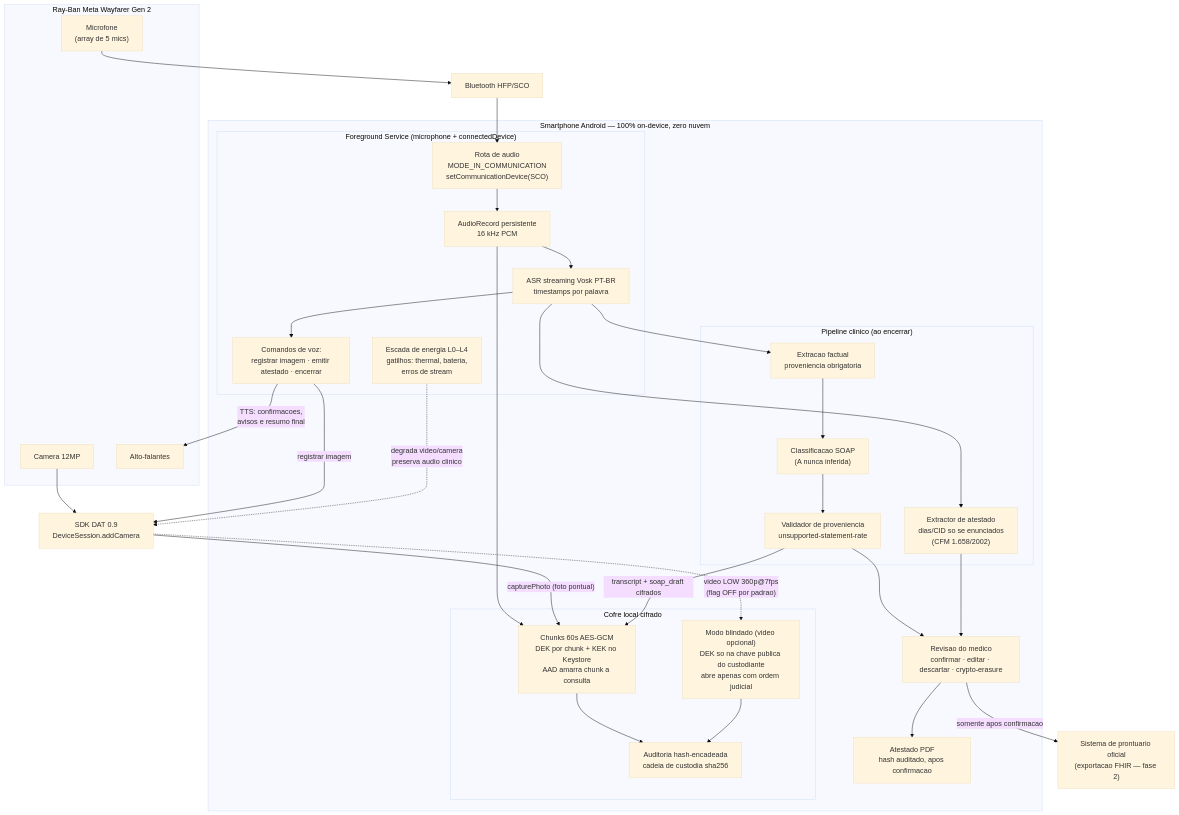
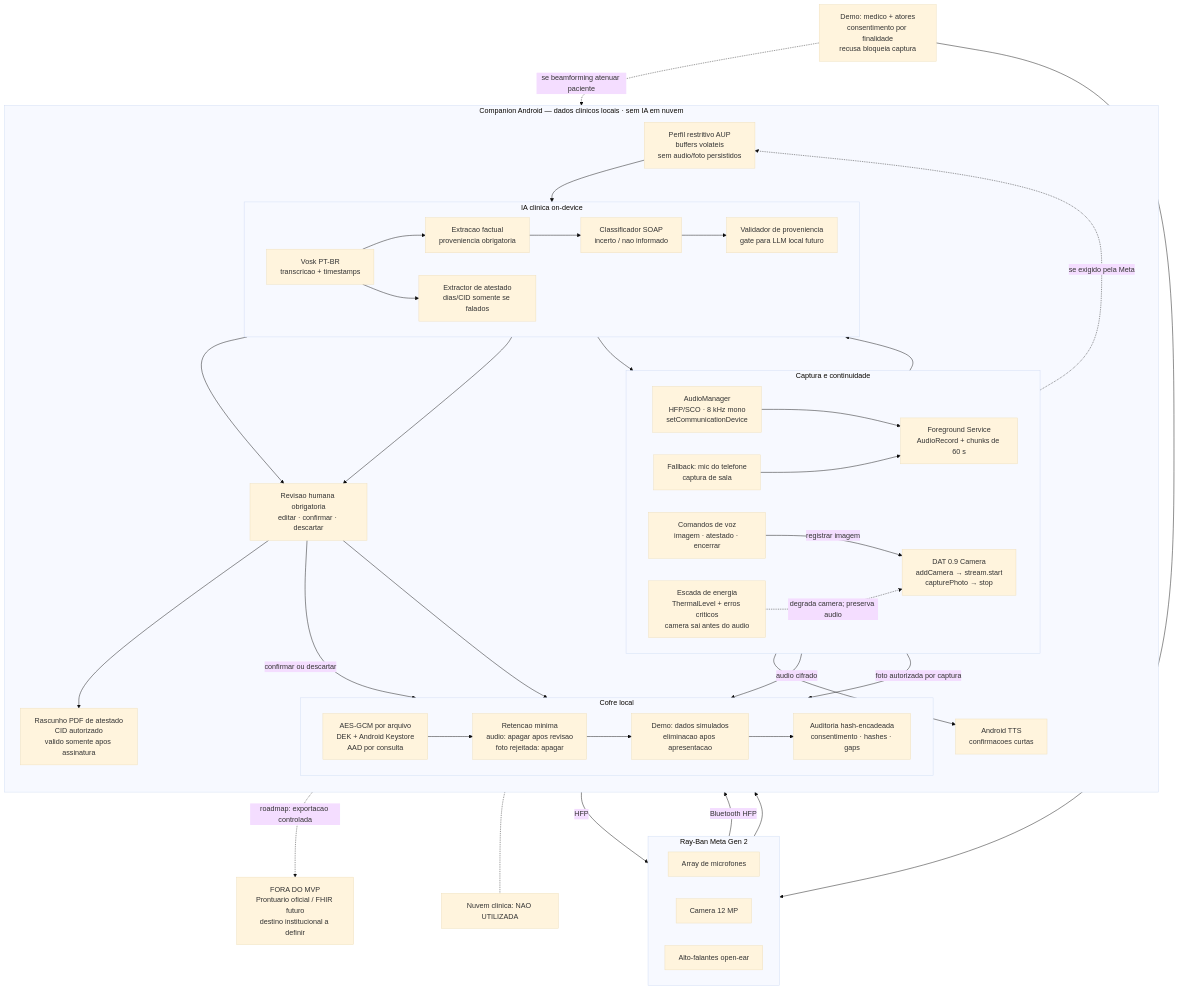
One commit to marcospaulo429/meta-glasses changed the diagram in docs/entrega/arquitetura.mmd. Above: the diagram before and after it, drawn with Mermaid (base theme). The commit also changed 8 other files, not shown here.

```diff
--- a/docs/entrega/arquitetura.mmd
+++ b/docs/entrega/arquitetura.mmd
@@ -1,54 +1,75 @@
 flowchart TB
-    subgraph GLASSES["Ray-Ban Meta Wayfarer Gen 2"]
-        MIC["Microfone<br/>(array de 5 mics)"]
-        CAM["Camera 12MP"]
-        SPK["Alto-falantes"]
+    USER["Demo: medico + atores<br/>consentimento por finalidade<br/>recusa bloqueia captura"]
+
+    subgraph GLASSES["Ray-Ban Meta Gen 2"]
+        direction LR
+        MIC["Array de microfones"]
+        CAM["Camera 12 MP"]
+        SPK["Alto-falantes open-ear"]
     end
 
-    HFP["Bluetooth HFP/SCO"]
-    DAT["SDK DAT 0.9<br/>DeviceSession.addCamera"]
-
-    subgraph PHONE["Smartphone Android — 100% on-device, zero nuvem"]
-        subgraph FGS["Foreground Service (microphone + connectedDevice)"]
-            ROUTE["Rota de audio<br/>MODE_IN_COMMUNICATION<br/>setCommunicationDevice(SCO)"]
-            REC["AudioRecord persistente<br/>16 kHz PCM"]
-            ASR["ASR streaming Vosk PT-BR<br/>timestamps por palavra"]
-            CMD["Comandos de voz:<br/>registrar imagem · emitir atestado · encerrar"]
-            LADDER["Escada de energia L0–L4<br/>gatilhos: thermal, bateria,<br/>erros de stream"]
+    subgraph ANDROID["Companion Android — dados clinicos locais · sem IA em nuvem"]
+        direction TB
+        subgraph CAPTURE["Captura e continuidade"]
+            direction LR
+            ROUTE["AudioManager<br/>HFP/SCO · 8 kHz mono<br/>setCommunicationDevice"]
+            ROOM["Fallback: mic do telefone<br/>captura de sala"]
+            REC["Foreground Service<br/>AudioRecord + chunks de 60 s"]
+            COMMANDS["Comandos de voz<br/>imagem · atestado · encerrar"]
+            DAT["DAT 0.9 Camera<br/>addCamera → stream.start<br/>capturePhoto → stop"]
+            ENERGY["Escada de energia<br/>ThermalLevel + erros criticos<br/>camera sai antes do audio"]
         end
 
-        subgraph CLINICAL["Pipeline clinico (ao encerrar)"]
+        subgraph AI["IA clinica on-device"]
+            direction LR
+            ASR["Vosk PT-BR<br/>transcricao + timestamps"]
             FACTS["Extracao factual<br/>proveniencia obrigatoria"]
-            SOAP["Classificacao SOAP<br/>(A nunca inferida)"]
-            VALID["Validador de proveniencia<br/>unsupported-statement-rate"]
-            ATEST["Extractor de atestado<br/>dias/CID so se enunciados<br/>(CFM 1.658/2002)"]
+            SOAP["Classificador SOAP<br/>incerto / nao informado"]
+            VALID["Validador de proveniencia<br/>gate para LLM local futuro"]
+            CERT["Extractor de atestado<br/>dias/CID somente se falados"]
         end
 
-        subgraph VAULT["Cofre local cifrado"]
-            ENC["Chunks 60s AES-GCM<br/>DEK por chunk + KEK no Keystore<br/>AAD amarra chunk a consulta"]
-            BLIND["Modo blindado (video opcional)<br/>DEK so na chave publica do custodiante<br/>abre apenas com ordem judicial"]
-            AUDIT["Auditoria hash-encadeada<br/>cadeia de custodia sha256"]
+        TTS["Android TTS<br/>confirmacoes curtas"]
+
+        subgraph VAULT["Cofre local"]
+            direction LR
+            CRYPTO["AES-GCM por arquivo<br/>DEK + Android Keystore<br/>AAD por consulta"]
+            RETENTION["Retencao minima<br/>audio: apagar apos revisao<br/>foto rejeitada: apagar"]
+            DEMODATA["Demo: dados simulados<br/>eliminacao apos apresentacao"]
+            AUDIT["Auditoria hash-encadeada<br/>consentimento · hashes · gaps"]
         end
 
-        REVIEW["Revisao do medico<br/>confirmar · editar · descartar · crypto-erasure"]
-        PDF["Atestado PDF<br/>hash auditado, apos confirmacao"]
+        AUPMODE["Perfil restritivo AUP<br/>buffers volateis<br/>sem audio/foto persistidos"]
+        REVIEW["Revisao humana obrigatoria<br/>editar · confirmar · descartar"]
+        PDF["Rascunho PDF de atestado<br/>CID autorizado<br/>valido somente apos assinatura"]
     end
 
-    EHR["Sistema de prontuario oficial<br/>(exportacao FHIR — fase 2)"]
+    EHR["FORA DO MVP<br/>Prontuario oficial / FHIR futuro<br/>destino institucional a definir"]
 
-    MIC --> HFP --> ROUTE --> REC
-    REC --> ASR --> CMD
-    REC --> ENC
+    USER --> MIC
+    MIC -->|"Bluetooth HFP"| ROUTE
+    USER -. "se beamforming atenuar paciente" .-> ROOM
+    ROUTE --> REC
+    ROOM --> REC
+    REC --> ASR
+    REC -->|"audio cifrado"| CRYPTO
+    REC -. "se exigido pela Meta" .-> AUPMODE
+    AUPMODE --> ASR
+    ASR --> COMMANDS
+    ASR --> FACTS --> SOAP --> VALID
+    ASR --> CERT
+    COMMANDS -->|"registrar imagem"| DAT
     CAM --> DAT
-    CMD -- "registrar imagem" --> DAT
-    DAT -- "capturePhoto (foto pontual)" --> ENC
-    DAT -. "video LOW 360p@7fps<br/>(flag OFF por padrao)" .-> BLIND
-    LADDER -. "degrada video/camera<br/>preserva audio clinico" .-> DAT
-    ASR --> FACTS --> SOAP --> VALID --> REVIEW
-    ASR --> ATEST --> REVIEW
-    VALID -- "transcript + soap_draft cifrados" --> ENC
-    ENC --> AUDIT
-    BLIND --> AUDIT
-    CMD -- "TTS: confirmacoes,<br/>avisos e resumo final" --> SPK
+    DAT -->|"foto autorizada por captura"| CRYPTO
+    ENERGY -. "degrada camera; preserva audio" .-> DAT
+    COMMANDS --> TTS -->|"HFP"| SPK
+    VALID --> REVIEW
+    CERT --> REVIEW
+    CRYPTO --> RETENTION --> DEMODATA --> AUDIT
+    REVIEW -->|"confirmar ou descartar"| RETENTION
+    REVIEW --> CRYPTO
     REVIEW --> PDF
-    REVIEW -- "somente apos confirmacao" --> EHR
+    REVIEW -. "roadmap: exportacao controlada" .-> EHR
+
+    CLOUD["Nuvem clinica: NAO UTILIZADA"]
+    ANDROID -.- CLOUD
```
